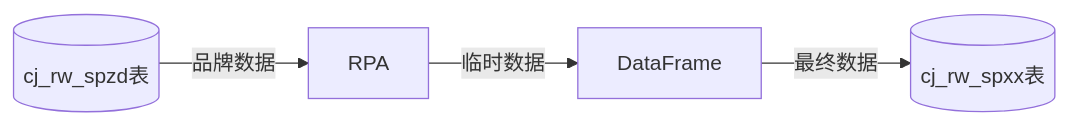
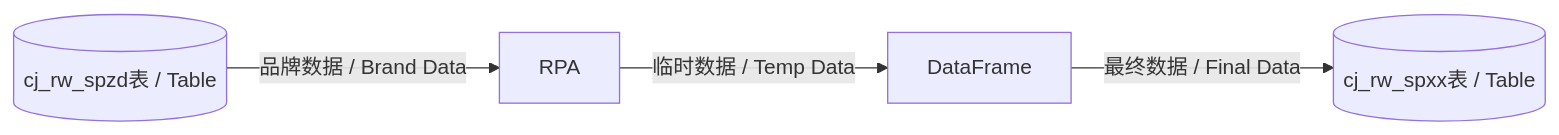
Before and after one commit to 041008Ashley/2025-platform-price-crawling-tool: the sixth of 6 diagrams in README.md, drawn with Mermaid. The commit also changed other lines of this file, not shown here.

````diff
--- a/README.md
+++ b/README.md
@@ -165,6 +166,6 @@
-   ```mermaid
-   graph LR
-       DB1[(cj_rw_spzd表)] -->|品牌数据| RPA
-       RPA -->|临时数据| DataFrame
-       DataFrame -->|最终数据| DB2[(cj_rw_spxx表)]
-   ```
+    ```mermaid
+    graph LR
+        DB1[(cj_rw_spzd表 / Table)] -->|品牌数据 / Brand Data| RPA
+        RPA -->|临时数据 / Temp Data| DataFrame
+        DataFrame -->|最终数据 / Final Data| DB2[(cj_rw_spxx表 / Table)]
+    ```
````
